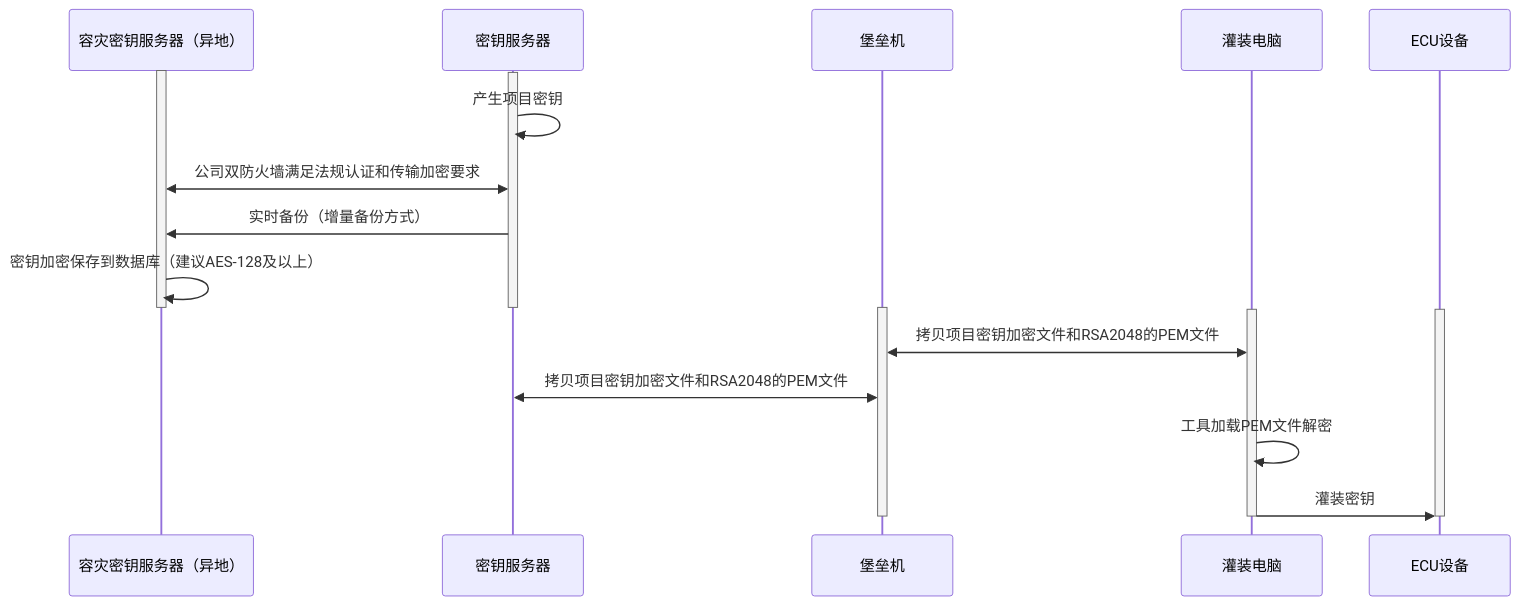
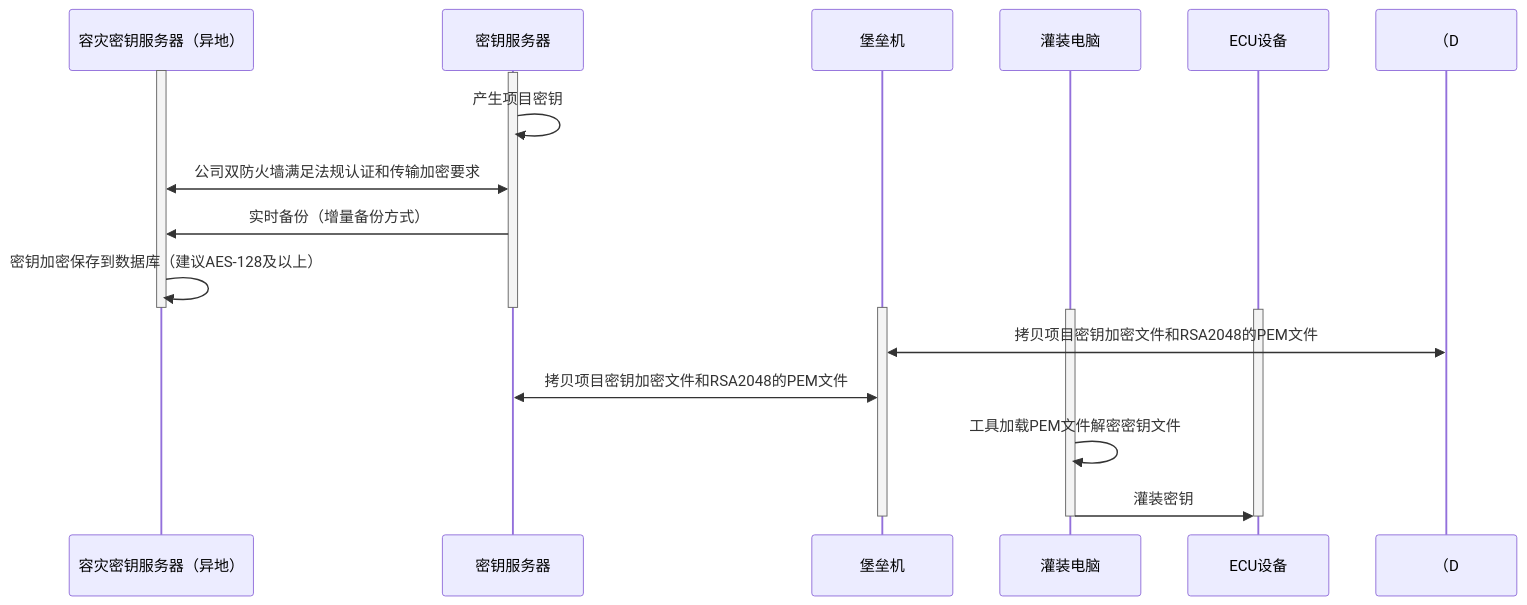
One commit to facebook-cloud/iodraw-files changed the diagram in all/未命名-15.md. Above: the diagram before and after it, drawn with Mermaid.

Commit message:
2026-02-07 10:19:03 update

````diff
--- a/all/未命名-15.md
+++ b/all/未命名-15.md
@@ -1,30 +1,30 @@
 ```mermaid
 sequenceDiagram
     participant A as 容灾密钥服务器（异地）
     participant B as 密钥服务器
     participant C as 堡垒机
     participant D as 灌装电脑
     participant E as ECU设备
 
     activate A
     activate B
     B->>B: 产生项目密钥
     A<<->>B: 公司双防火墙满足法规认证和传输加密要求
     B->>A: 实时备份（增量备份方式）
     A->>A: 密钥加密保存到数据库（建议AES-128及以上）
     deactivate B
     deactivate A
 
     activate C
     activate D
     activate E
 
-    D<<->>C: 拷贝项目密钥加密文件和RSA2048的PEM文件
+    （D<<->>C: 拷贝项目密钥加密文件和RSA2048的PEM文件
     C<<->>B: 拷贝项目密钥加密文件和RSA2048的PEM文件
-    D->>D:工具加载PEM文件解密
+    D->>D:工具加载PEM文件解密密钥文件
     D->>E: 灌装密钥
     deactivate C
     deactivate D
     deactivate E
 
 ```
````
